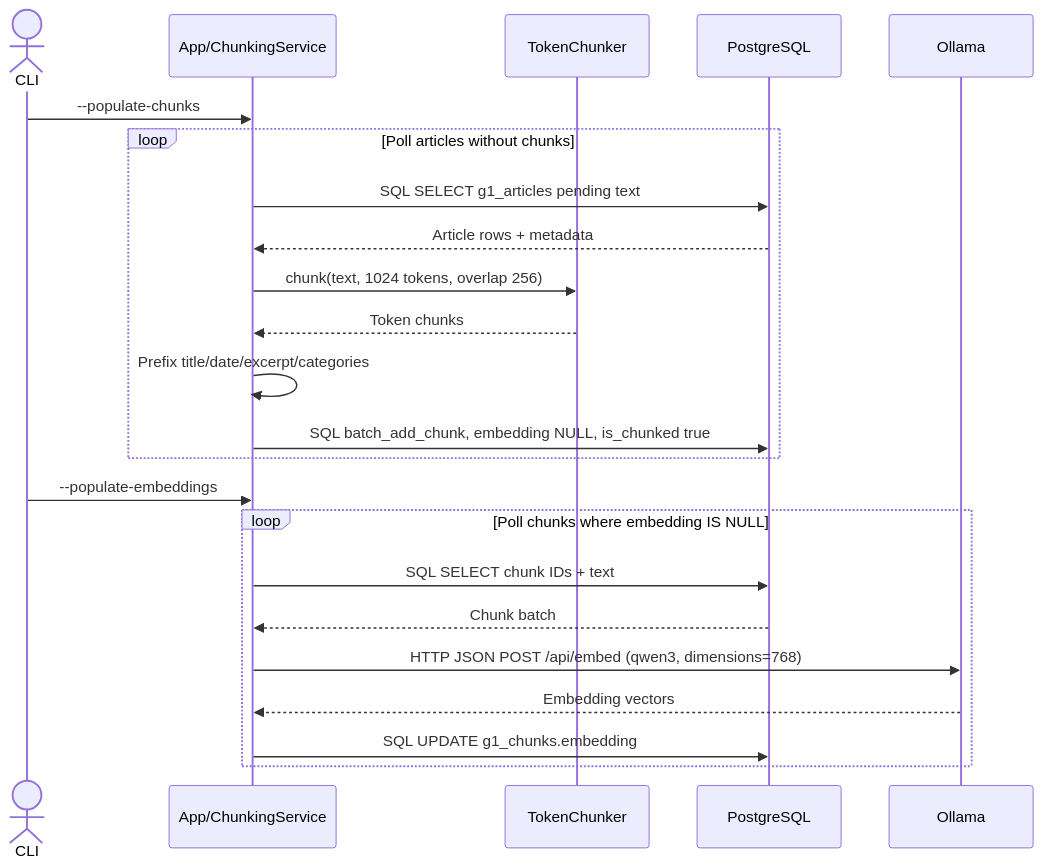
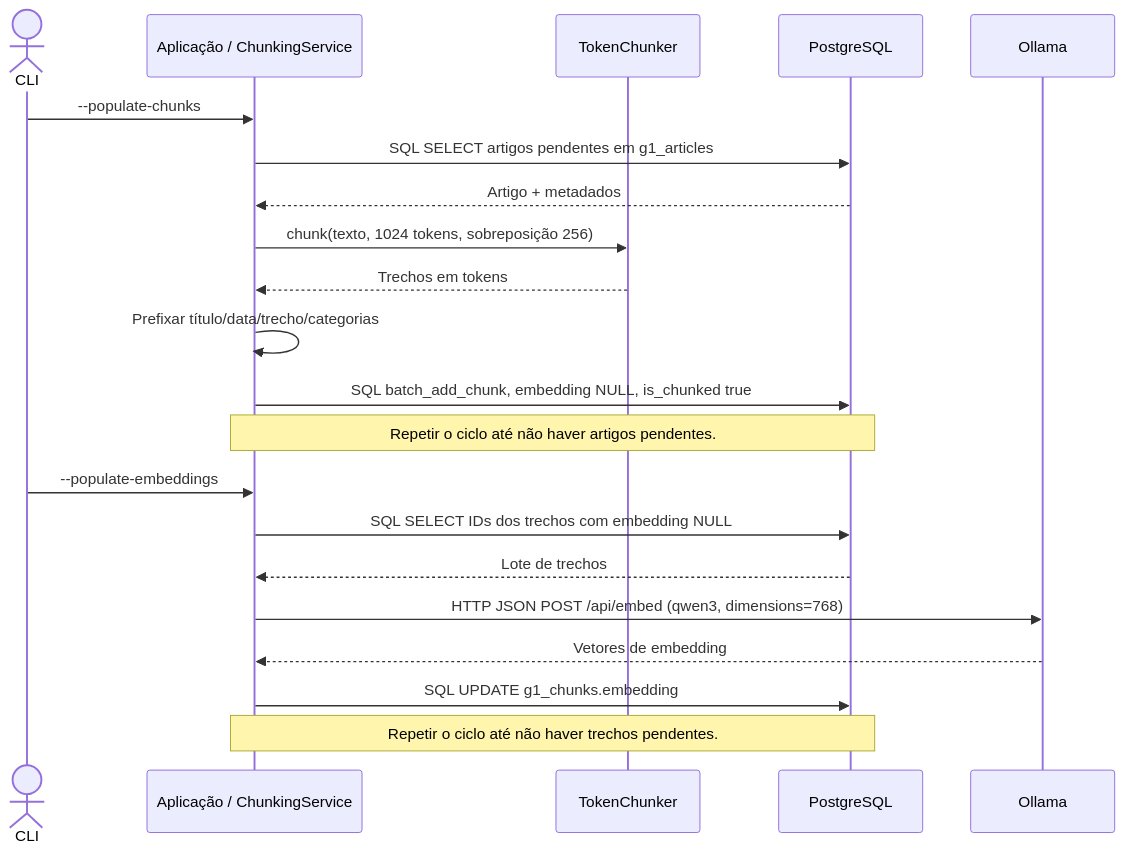
The second of 5 diagrams in docs/fluxos_modulos_tecnicos.md (rafaelsalb/tcc), drawn with Mermaid before and after one commit. The commit also changed other lines of this file and 25 other files, not shown here.

````diff
--- a/docs/fluxos_modulos_tecnicos.md
+++ b/docs/fluxos_modulos_tecnicos.md
@@ -53,26 +55,24 @@
 ```mermaid
 sequenceDiagram
     actor CLI
-    participant App as App/ChunkingService
+    participant App as Aplicação / ChunkingService
     participant TC as TokenChunker
     participant DB as PostgreSQL
     participant Ollama
 
     CLI->>App: --populate-chunks
-    loop Poll articles without chunks
-        App->>DB: SQL SELECT g1_articles pending text
-        DB-->>App: Article rows + metadata
-        App->>TC: chunk(text, 1024 tokens, overlap 256)
-        TC-->>App: Token chunks
-        App->>App: Prefix title/date/excerpt/categories
-        App->>DB: SQL batch_add_chunk, embedding NULL, is_chunked true
-    end
+    App->>DB: SQL SELECT artigos pendentes em g1_articles
+    DB-->>App: Artigo + metadados
+    App->>TC: chunk(texto, 1024 tokens, sobreposição 256)
+    TC-->>App: Trechos em tokens
+    App->>App: Prefixar título/data/trecho/categorias
+    App->>DB: SQL batch_add_chunk, embedding NULL, is_chunked true
+    Note over App,DB: Repetir o ciclo até não haver artigos pendentes.
     CLI->>App: --populate-embeddings
-    loop Poll chunks where embedding IS NULL
-        App->>DB: SQL SELECT chunk IDs + text
-        DB-->>App: Chunk batch
-        App->>Ollama: HTTP JSON POST /api/embed (qwen3, dimensions=768)
-        Ollama-->>App: Embedding vectors
-        App->>DB: SQL UPDATE g1_chunks.embedding
-    end
+    App->>DB: SQL SELECT IDs dos trechos com embedding NULL
+    DB-->>App: Lote de trechos
+    App->>Ollama: HTTP JSON POST /api/embed (qwen3, dimensions=768)
+    Ollama-->>App: Vetores de embedding
+    App->>DB: SQL UPDATE g1_chunks.embedding
+    Note over App,DB: Repetir o ciclo até não haver trechos pendentes.
 ```
````
